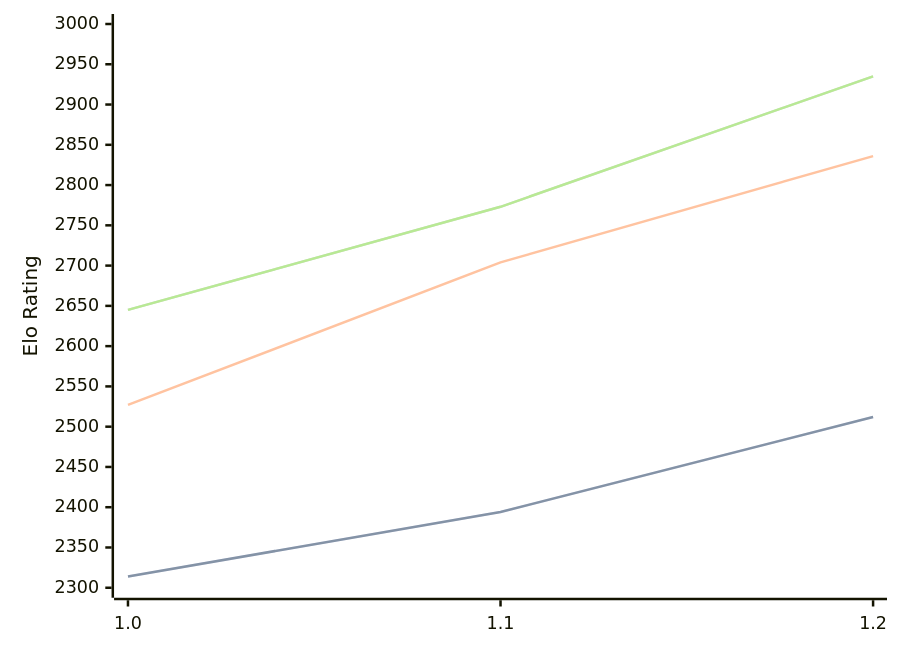
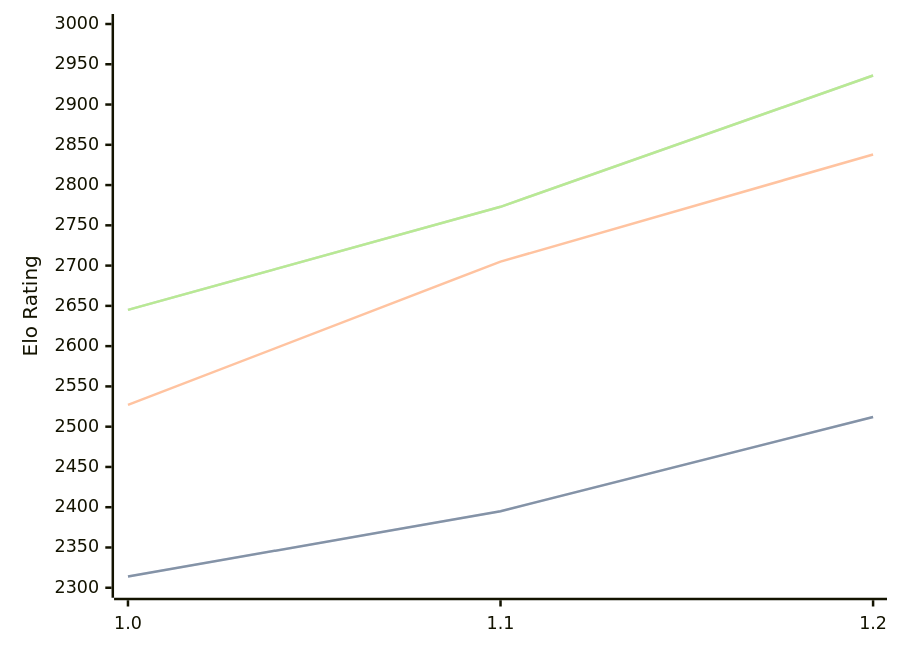
The diagram in engines/FoxChess.md (computer-chess-index/cci), drawn with Mermaid before and after one commit. The commit also changed other lines of this file, not shown here.

Commit message:
Update CCI Ratings (ELO VLTC) - 2026-08-24

````diff
--- a/engines/FoxChess.md
+++ b/engines/FoxChess.md
@@ -33,11 +33,11 @@
 ```mermaid
 %%{init: {"theme":"base","themeVariables":{"seriesColors:['#a3a3a3','#222221','#faa371']}}}%%
 xychart-beta
   x-axis ["1.0", "1.1", "1.2"]
   y-axis "Elo Rating" 2300 --> 3000
-  line "STC (8.0+0.08s)" [2314, 2394, 2512]
-  line "STC (8.0+0.08s)" [2314, 2394, 2512]
-  line "LTC (60.0+0.60s)" [2527, 2704, 2836]
-  line "VLTC (2m24s+1.12s)" [2645, 2773, 2935]
-  line "VLTC (2m24s+1.12s)" [2645, 2773, 2935]
+  line "STC (8.0+0.08s)" [2314, 2395, 2512]
+  line "STC (8.0+0.08s)" [2314, 2395, 2512]
+  line "LTC (60.0+0.60s)" [2527, 2705, 2838]
+  line "VLTC (2m24s+1.12s)" [2645, 2773, 2936]
+  line "VLTC (2m24s+1.12s)" [2645, 2773, 2936]
 ```
````
